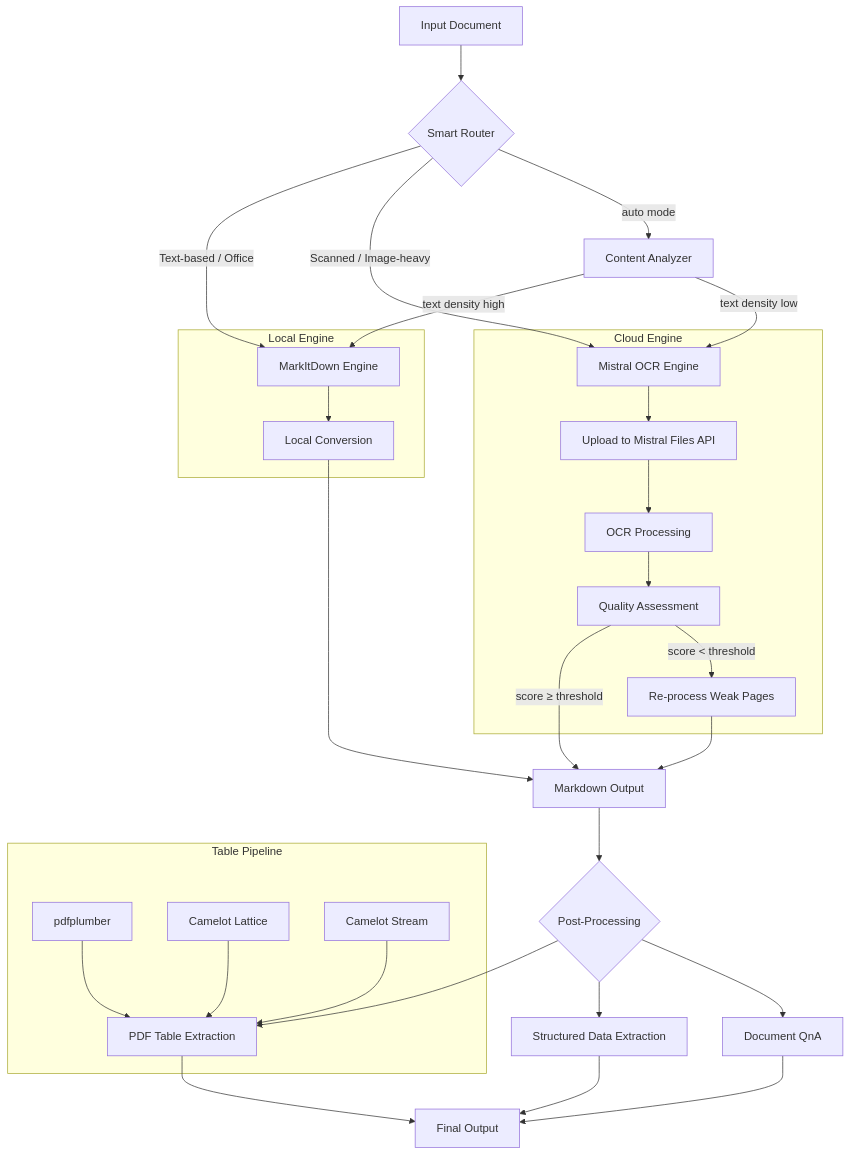
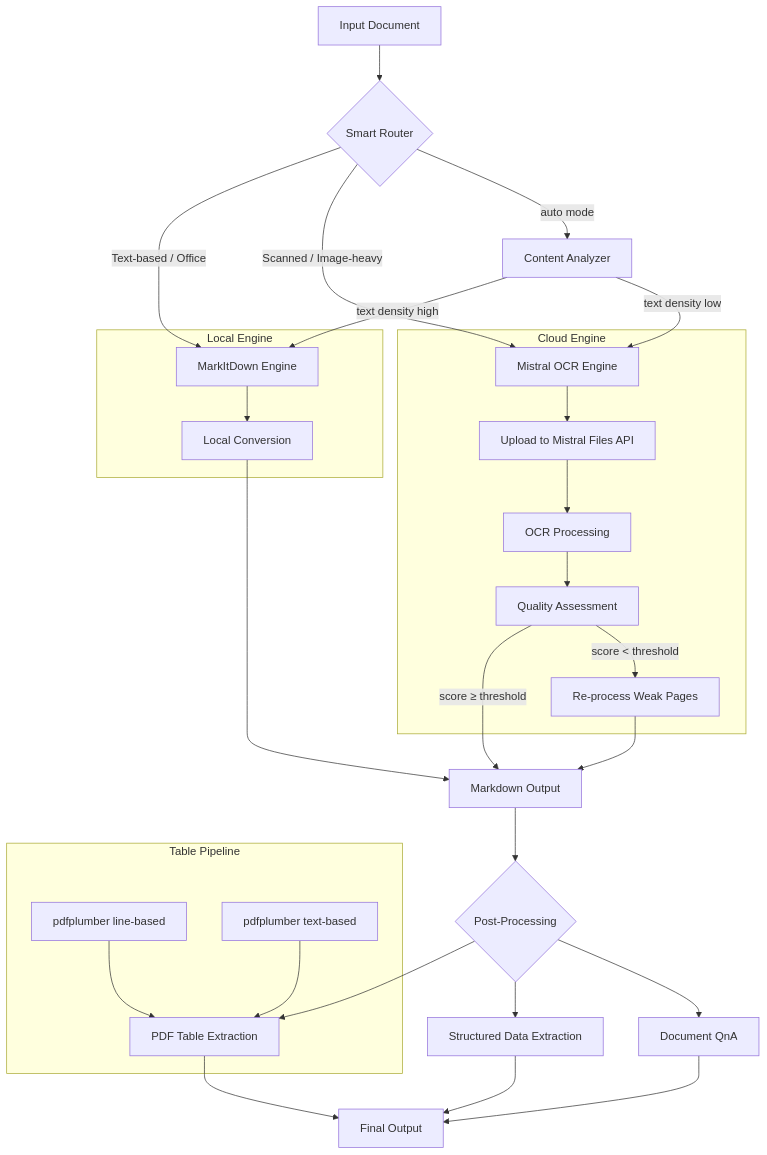
Before and after one commit to jaim12005/Mistral_Markitdown: the diagram in docs/ARCHITECTURE.md, drawn with Mermaid. The commit also changed other lines of this file and 18 other files, not shown here.

````diff
--- a/docs/ARCHITECTURE.md
+++ b/docs/ARCHITECTURE.md
@@ -9,48 +9,47 @@
 ```mermaid
 flowchart TD
     A[Input Document] --> B{Smart Router}
     B -->|Text-based / Office| C[MarkItDown Engine]
     B -->|Scanned / Image-heavy| D[Mistral OCR Engine]
     B -->|auto mode| E[Content Analyzer]
     E -->|text density high| C
     E -->|text density low| D
 
     C --> F[Local Conversion]
     F --> G[Markdown Output]
 
     D --> H[Upload to Mistral Files API]
     H --> I[OCR Processing]
     I --> J[Quality Assessment]
     J -->|score ≥ threshold| G
     J -->|score < threshold| K[Re-process Weak Pages]
     K --> G
 
     G --> L{Post-Processing}
     L --> M[PDF Table Extraction]
     L --> N[Structured Data Extraction]
     L --> O[Document QnA]
 
     M --> P[Final Output]
     N --> P
     O --> P
 
     subgraph Local Engine
         C
         F
     end
 
     subgraph Cloud Engine
         D
         H
         I
         J
         K
     end
 
     subgraph Table Pipeline
         M
-        M1[pdfplumber] --> M
-        M2[Camelot Lattice] --> M
-        M3[Camelot Stream] --> M
+        M1[pdfplumber line-based] --> M
+        M2[pdfplumber text-based] --> M
     end
 ```
````
